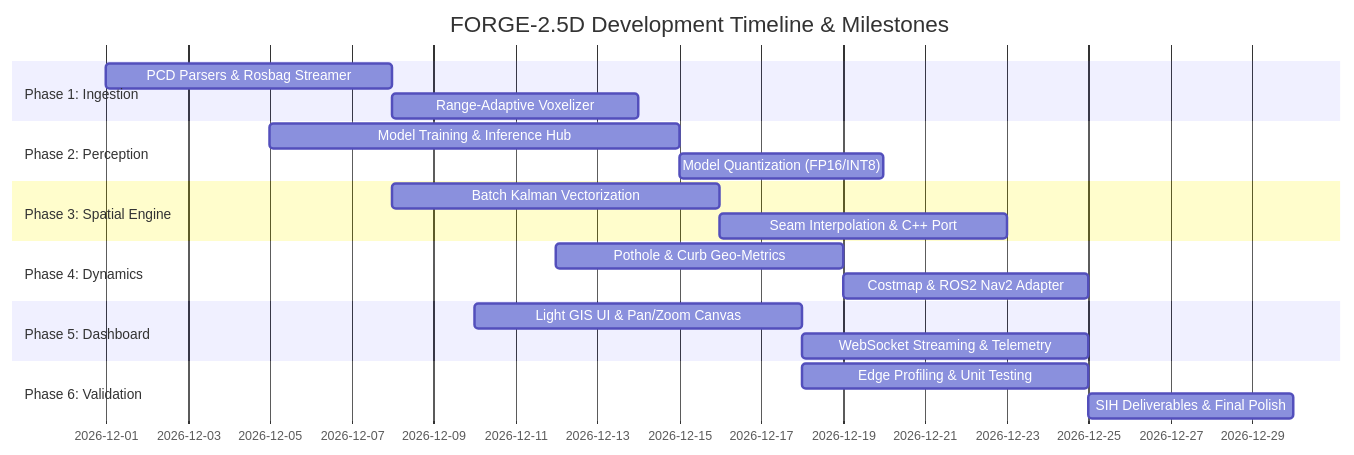
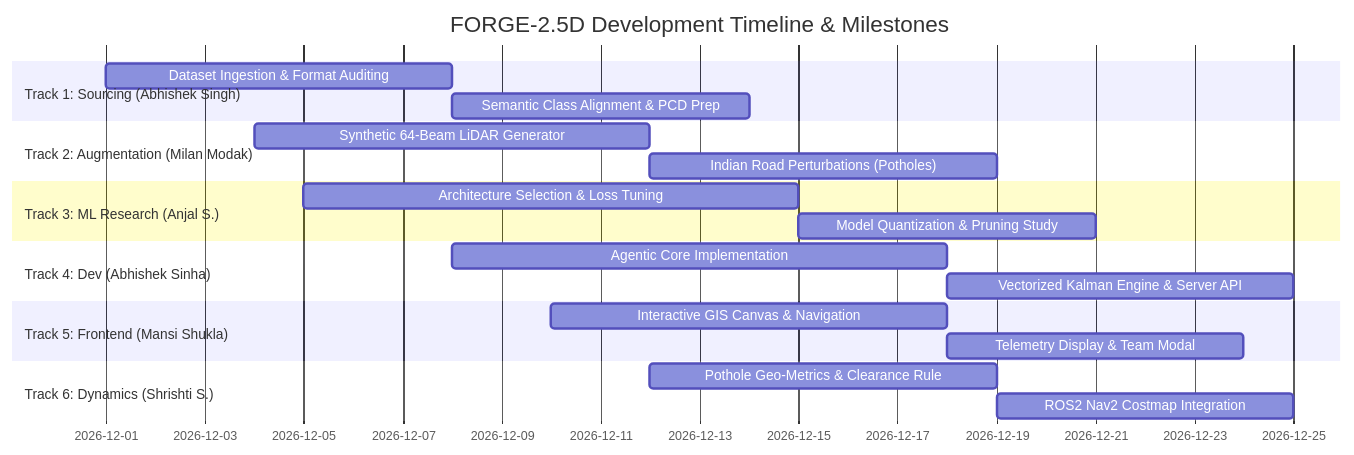
The second of 2 diagrams in Team_Development_Plan.md (Abhishek-S0111/FORGE-2.5D), drawn with Mermaid before and after one commit. The commit also changed other lines of this file and 1 other file, not shown here.

Commit message:
Update to Team Plans

````diff
--- a/Team_Development_Plan.md
+++ b/Team_Development_Plan.md
@@ -67,23 +65,23 @@
 ```mermaid
 gantt
     title FORGE-2.5D Development Timeline & Milestones
     dateFormat  YYYY-MM-DD
-    section Phase 1: Ingestion
-    PCD Parsers & Rosbag Streamer    :p1_1, 2026-12-01, 7d
-    Range-Adaptive Voxelizer         :p1_2, after p1_1, 6d
-    section Phase 2: Perception
-    Model Training & Inference Hub   :p2_1, 2026-12-05, 10d
-    Model Quantization (FP16/INT8)   :p2_2, after p2_1, 5d
-    section Phase 3: Spatial Engine
-    Batch Kalman Vectorization       :p3_1, 2026-12-08, 8d
-    Seam Interpolation & C++ Port    :p3_2, after p3_1, 7d
-    section Phase 4: Dynamics
-    Pothole & Curb Geo-Metrics       :p4_1, 2026-12-12, 7d
-    Costmap & ROS2 Nav2 Adapter      :p4_2, after p4_1, 6d
-    section Phase 5: Dashboard
-    Light GIS UI & Pan/Zoom Canvas   :p5_1, 2026-12-10, 8d
-    WebSocket Streaming & Telemetry  :p5_2, after p5_1, 7d
-    section Phase 6: Validation
-    Edge Profiling & Unit Testing    :p6_1, 2026-12-18, 7d
-    SIH Deliverables & Final Polish  :p6_2, after p6_1, 5d
+    section Track 1: Sourcing (Abhishek Singh)
+    Dataset Ingestion & Format Auditing   :t1_1, 2026-12-01, 7d
+    Semantic Class Alignment & PCD Prep   :t1_2, after t1_1, 6d
+    section Track 2: Augmentation (Milan Modak)
+    Synthetic 64-Beam LiDAR Generator    :t2_1, 2026-12-04, 8d
+    Indian Road Perturbations (Potholes) :t2_2, after t2_1, 7d
+    section Track 3: ML Research (Anjal S.)
+    Architecture Selection & Loss Tuning :t3_1, 2026-12-05, 10d
+    Model Quantization & Pruning Study   :t3_2, after t3_1, 6d
+    section Track 4: Dev (Abhishek Sinha)
+    Agentic Core Implementation          :t4_1, 2026-12-08, 10d
+    Vectorized Kalman Engine & Server API:t4_2, after t4_1, 7d
+    section Track 5: Frontend (Mansi Shukla)
+    Interactive GIS Canvas & Navigation  :t5_1, 2026-12-10, 8d
+    Telemetry Display & Team Modal       :t5_2, after t5_1, 6d
+    section Track 6: Dynamics (Shrishti S.)
+    Pothole Geo-Metrics & Clearance Rule :t6_1, 2026-12-12, 7d
+    ROS2 Nav2 Costmap Integration        :t6_2, after t6_1, 6d
 ```
````
